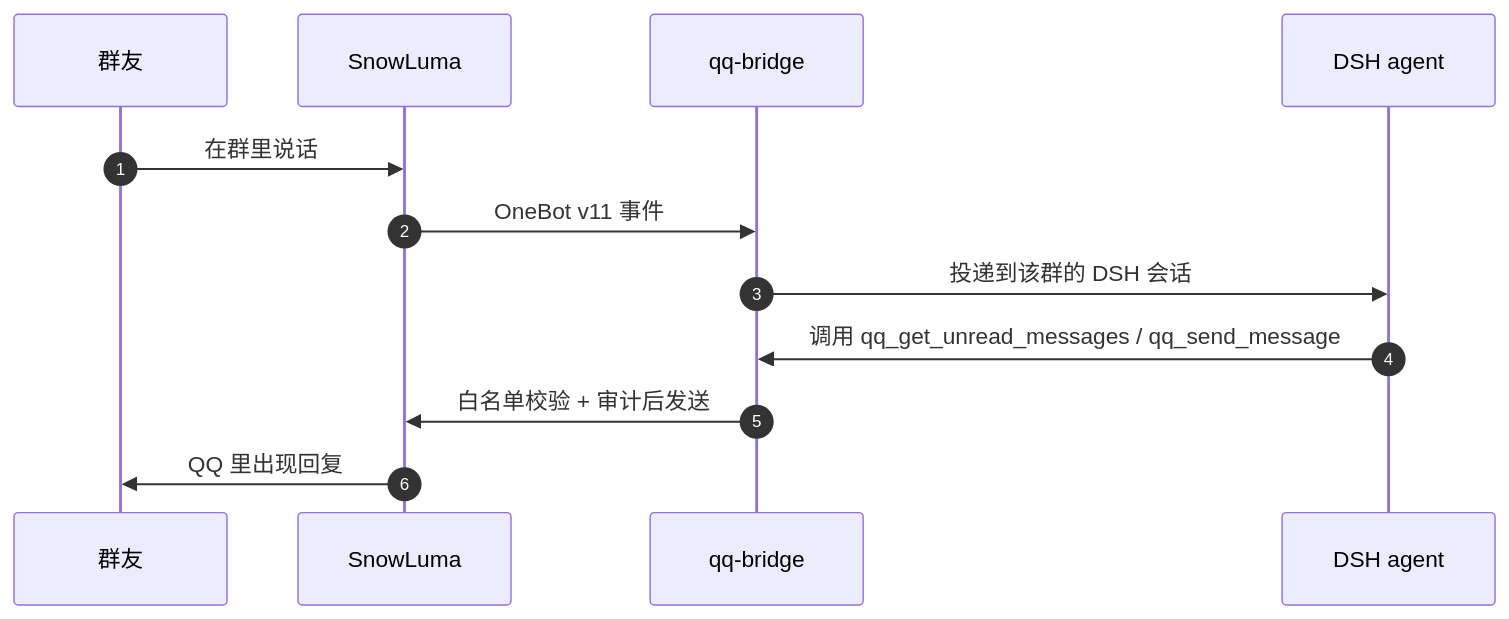
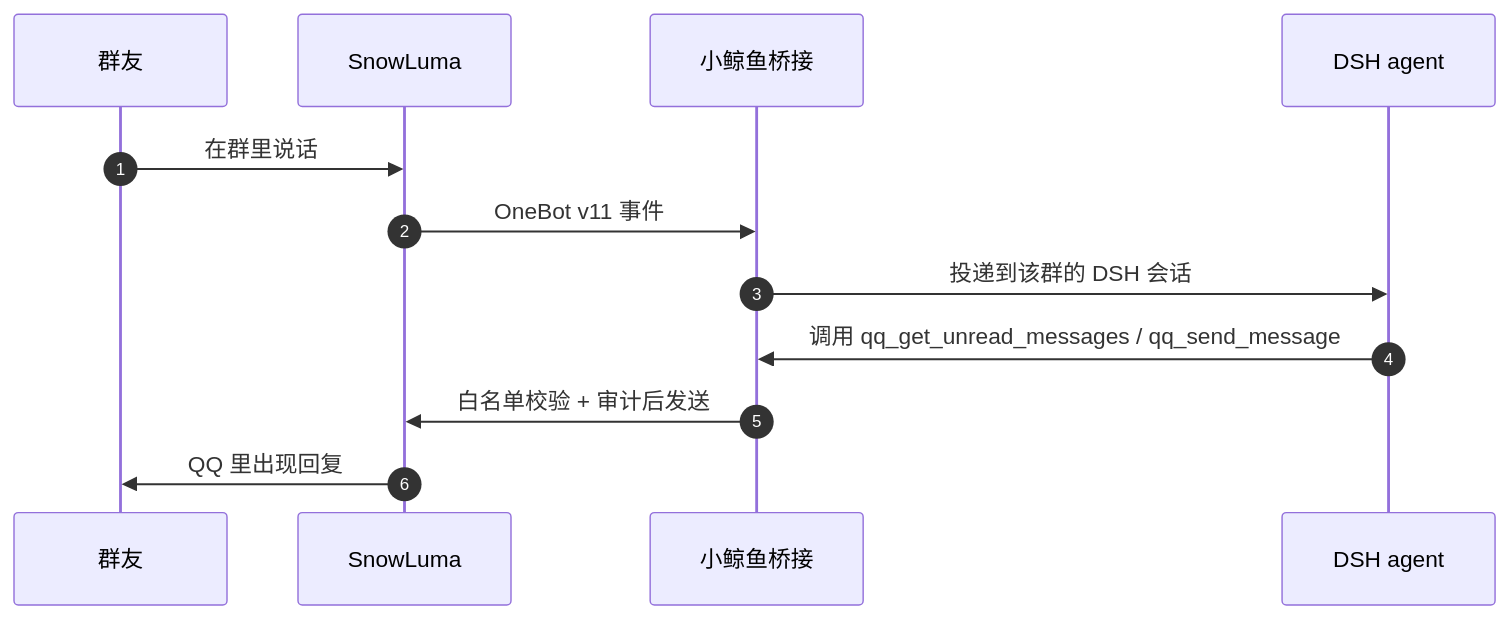
One commit to Frostyume/xiaojingyu changed the diagram in README.md. Above: the diagram before and after it, drawn with Mermaid. The commit also changed other lines of this file and 40 other files, not shown here.

First line of the commit message:
docs: 重做为陪伴型 AI 叙事，示意图改用 HTML 渲染

````diff
--- a/README.md
+++ b/README.md
@@ -201,15 +221,15 @@
 ```mermaid
 sequenceDiagram
   autonumber
   participant U as 群友
   participant S as SnowLuma
-  participant B as qq-bridge
+  participant B as 小鲸鱼桥接
   participant D as DSH agent
 
   U->>S: 在群里说话
   S->>B: OneBot v11 事件
   B->>D: 投递到该群的 DSH 会话
   D->>B: 调用 qq_get_unread_messages / qq_send_message
   B->>S: 白名单校验 + 审计后发送
   S->>U: QQ 里出现回复
 ```
````
